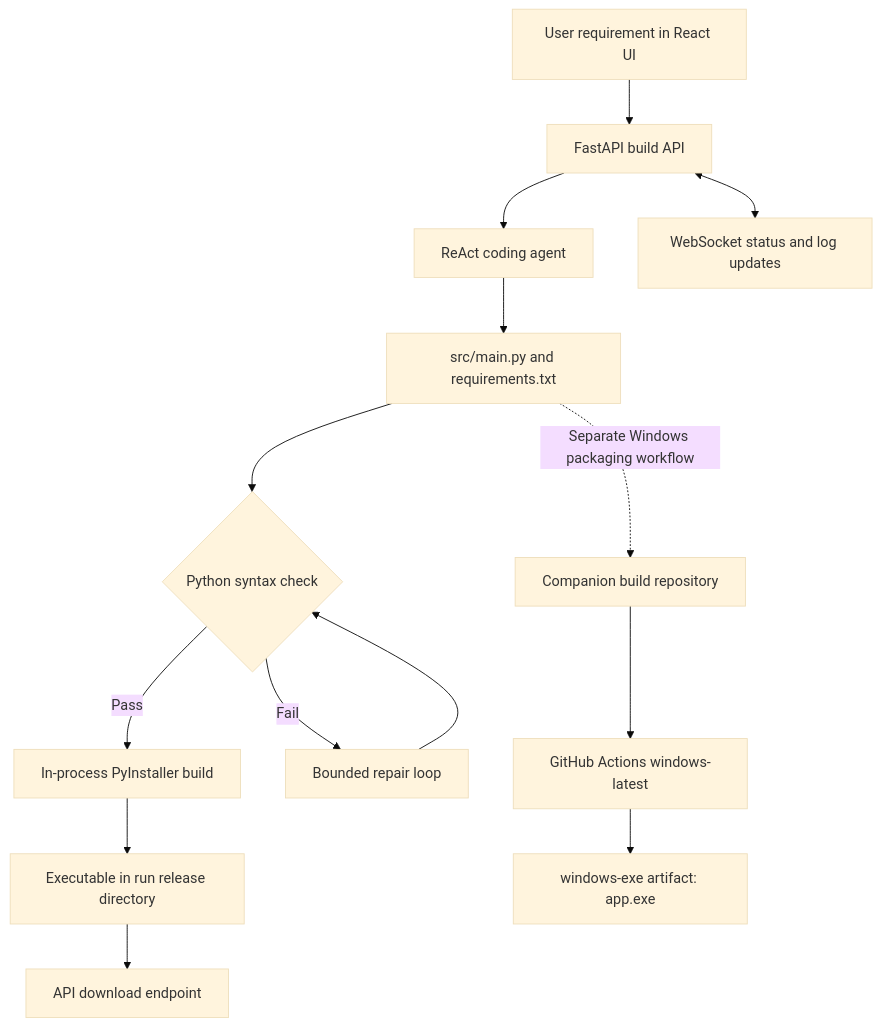
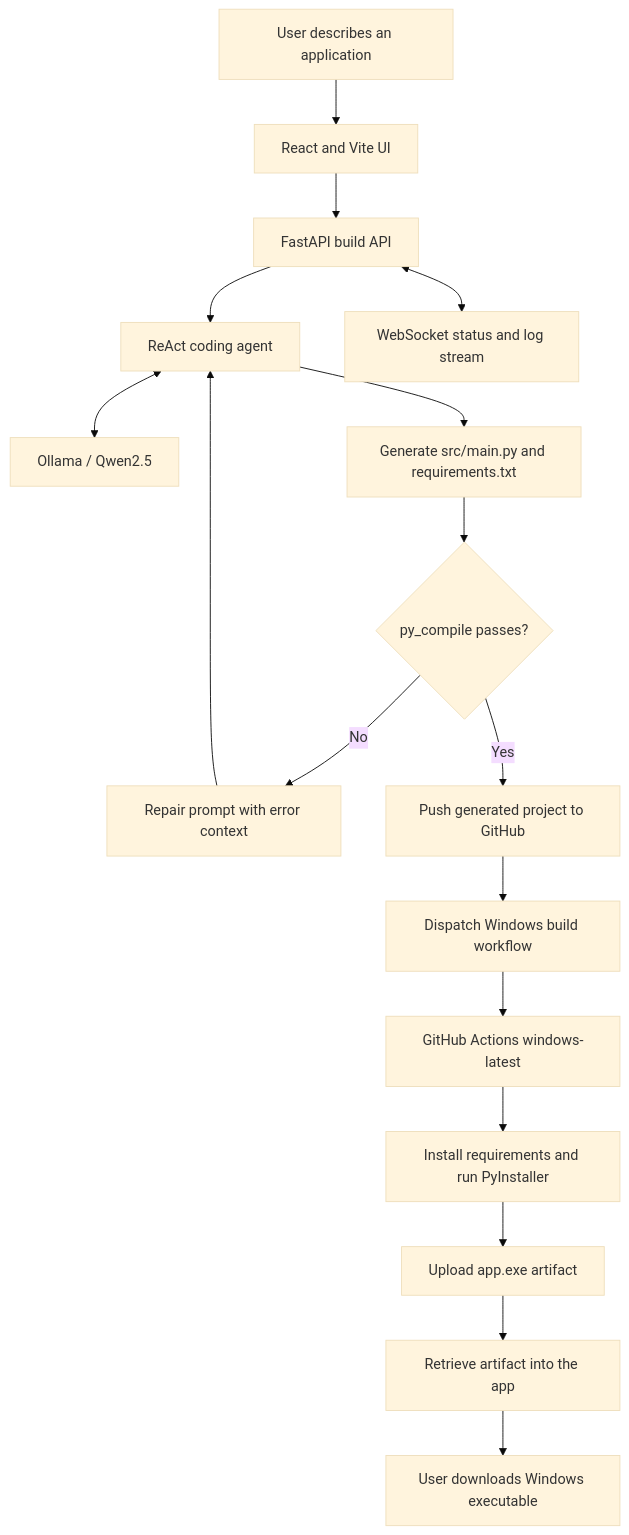
The diagram in 05-magnetar-exe-builder/README.md (shubham-61291/production-ai-engineering), drawn with Mermaid (base theme) before and after one commit. The commit also changed other lines of this file, not shown here.

````diff
--- a/05-magnetar-exe-builder/README.md
+++ b/05-magnetar-exe-builder/README.md
@@ -62,16 +66,19 @@
 ```mermaid
 flowchart TD
-    U[User requirement in React UI] --> API[FastAPI build API]
+    USER[User describes an application] --> UI[React and Vite UI]
+    UI --> API[FastAPI build API]
     API --> AGENT[ReAct coding agent]
-    AGENT --> FILES[src/main.py and requirements.txt]
-    FILES --> CHECK{Python syntax check}
-    CHECK -->|Pass| LOCAL[In-process PyInstaller build]
-    CHECK -->|Fail| PATCH[Bounded repair loop]
-    PATCH --> CHECK
-    LOCAL --> BIN[Executable in run release directory]
-    BIN --> DL[API download endpoint]
-    API <--> WS[WebSocket status and log updates]
-    FILES -. Separate Windows packaging workflow .-> GH[Companion build repository]
-    GH --> ACTIONS[GitHub Actions windows-latest]
-    ACTIONS --> ART[windows-exe artifact: app.exe]
+    AGENT <--> MODEL[Ollama / Qwen2.5]
+    AGENT --> FILES[Generate src/main.py and requirements.txt]
+    FILES --> CHECK{py_compile passes?}
+    CHECK -->|No| PATCH[Repair prompt with error context]
+    PATCH --> AGENT
+    CHECK -->|Yes| PUSH[Push generated project to GitHub]
+    PUSH --> DISPATCH[Dispatch Windows build workflow]
+    DISPATCH --> RUNNER[GitHub Actions windows-latest]
+    RUNNER --> PACK[Install requirements and run PyInstaller]
+    PACK --> ARTIFACT[Upload app.exe artifact]
+    ARTIFACT --> RETRIEVE[Retrieve artifact into the app]
+    RETRIEVE --> DOWNLOAD[User downloads Windows executable]
+    API <--> WS[WebSocket status and log stream]
 ```
````
